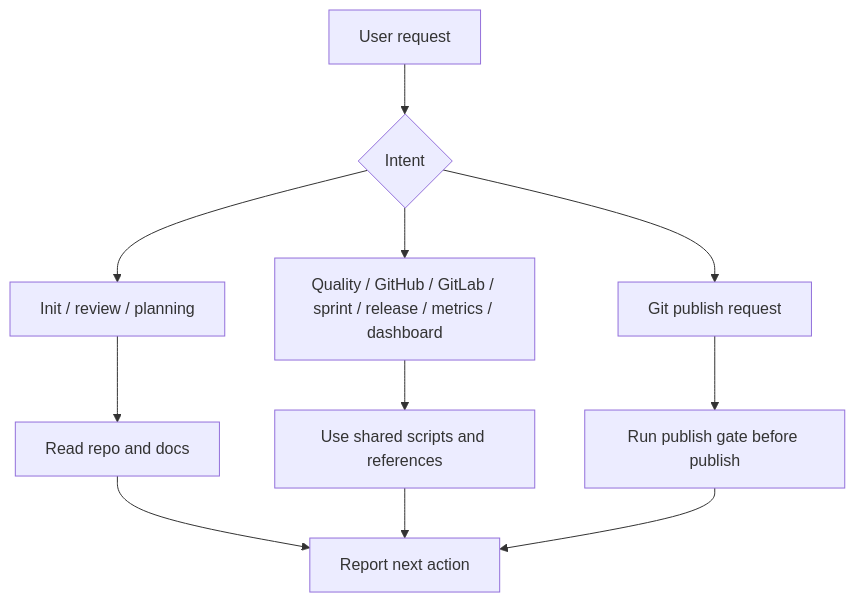
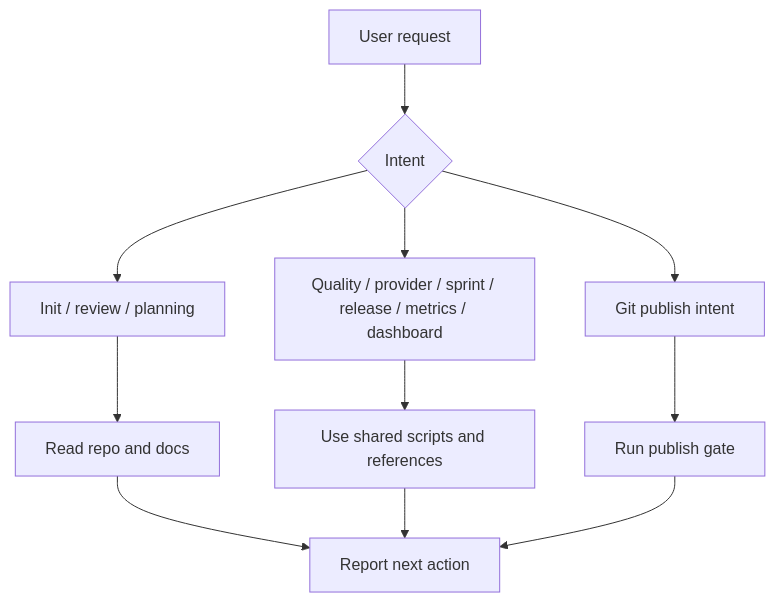
The first of 4 diagrams in README.md (siyrs/dev-baseline), drawn with Mermaid before and after one commit. The commit also changed other lines of this file, not shown here.

Commit message:
docs: update readme with compact task flow

````diff
--- a/README.md
+++ b/README.md
@@ -37,13 +31,13 @@
 ```mermaid
 flowchart TD
   A[User request] --> B{Intent}
   B --> C[Init / review / planning]
-  B --> D[Quality / GitHub / GitLab / sprint / release / metrics / dashboard]
-  B --> E[Git publish request]
+  B --> D[Quality / provider / sprint / release / metrics / dashboard]
+  B --> E[Git publish intent]
   C --> F[Read repo and docs]
   D --> G[Use shared scripts and references]
-  E --> H[Run publish gate before publish]
+  E --> H[Run publish gate]
   F --> I[Report next action]
   G --> I
   H --> I
 ```
````
